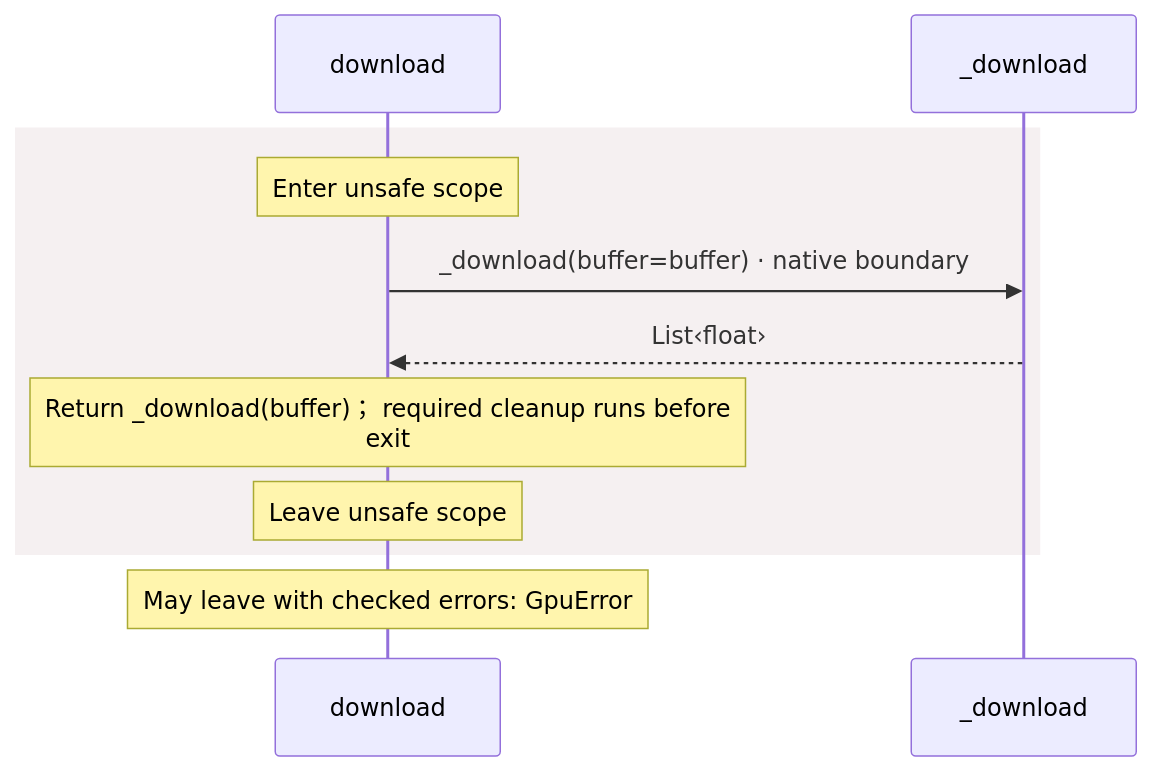
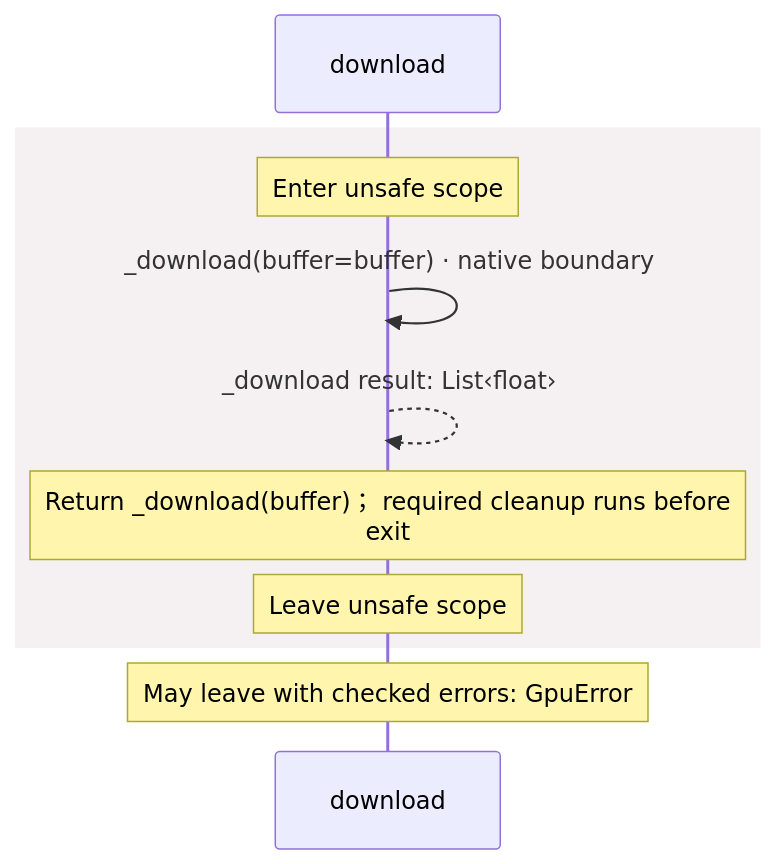
The fourth of 4 diagrams in docs/examples/native-gpu/dependencies/packages/@greenpandastudios/aug-gpu/0.1.1/api-diagrams.md (GreenPandaStudios/augscript), drawn with Mermaid before and after one commit. The commit also changed other lines of this file and 304 other files, not shown here.

Commit message:
Make generated data-flow sequences concise and review every diagram

````diff
--- a/docs/examples/native-gpu/dependencies/packages/@greenpandastudios/aug-gpu/0.1.1/api-diagrams.md
+++ b/docs/examples/native-gpu/dependencies/packages/@greenpandastudios/aug-gpu/0.1.1/api-diagrams.md
@@ -148,13 +128,13 @@
 ```mermaid
 sequenceDiagram
     participant p0 as download
-    participant p1 as _download
+
     rect rgb(245, 240, 241)
     Note over p0: Enter unsafe scope
-    p0->>p1: _download(buffer=buffer) · native boundary
-    p1-->>p0: List‹float›
+    p0->>p0: _download(buffer=buffer) · native boundary
+    p0-->>p0: _download result: List‹float›
     Note over p0: Return _download(buffer)； required cleanup runs before<br/>exit
     Note over p0: Leave unsafe scope
     end
     Note over p0: May leave with checked errors: GpuError
 ```
````
